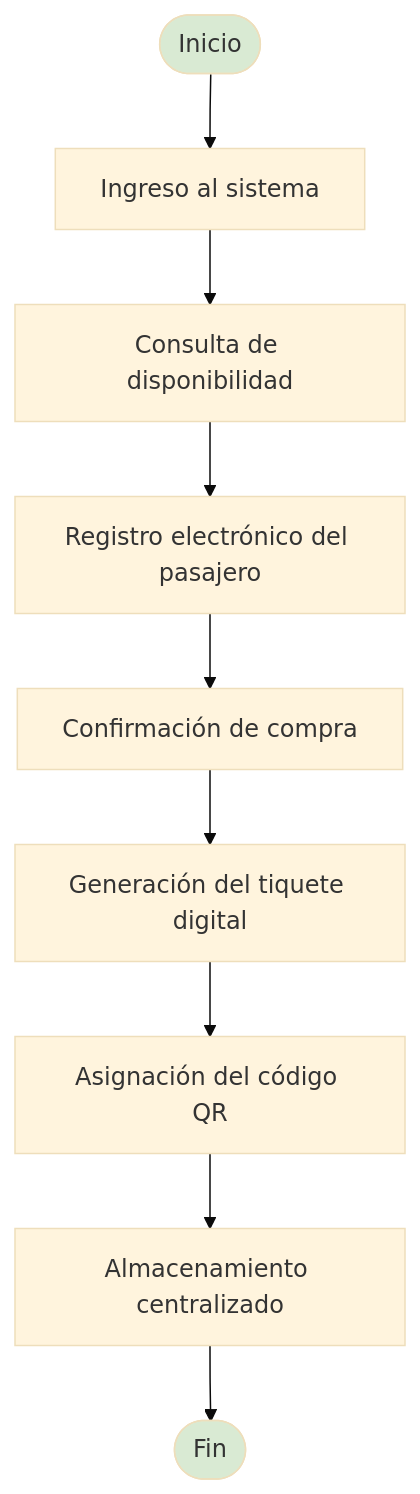
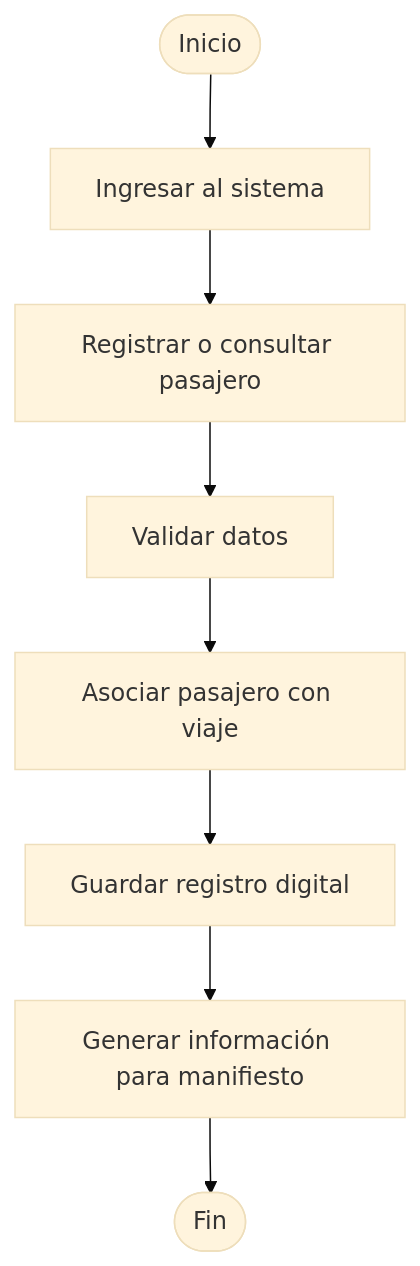
The seventh of 11 diagrams in Arquitectura de negocio y diagnóstico empresarial.md (santiyn2/arquitectura-empresarial-cootransoriente-ucc), drawn with Mermaid (base theme) before and after one commit. The commit also changed other lines of this file, not shown here.

````diff
--- a/Arquitectura de negocio y diagnóstico empresarial.md
+++ b/Arquitectura de negocio y diagnóstico empresarial.md
@@ -669,14 +592,10 @@
 ```mermaid
 flowchart TD
-    A([Inicio]) --> B[Ingreso al sistema]
-    B --> C[Consulta de disponibilidad]
-    C --> D[Registro electrónico del pasajero]
-    D --> E[Confirmación de compra]
-    E --> F[Generación del tiquete digital]
-    F --> G[Asignación del código QR]
-    G --> H[Almacenamiento centralizado]
-    H --> I([Fin])
-
-    style A fill:#d9ead3
-    style I fill:#d9ead3
+ A([Inicio]) --> B[Ingresar al sistema]
+ B --> C[Registrar o consultar pasajero]
+ C --> D[Validar datos]
+ D --> E[Asociar pasajero con viaje]
+ E --> F[Guardar registro digital]
+ F --> G[Generar información para manifiesto]
+ G --> H([Fin])
 ```
````
